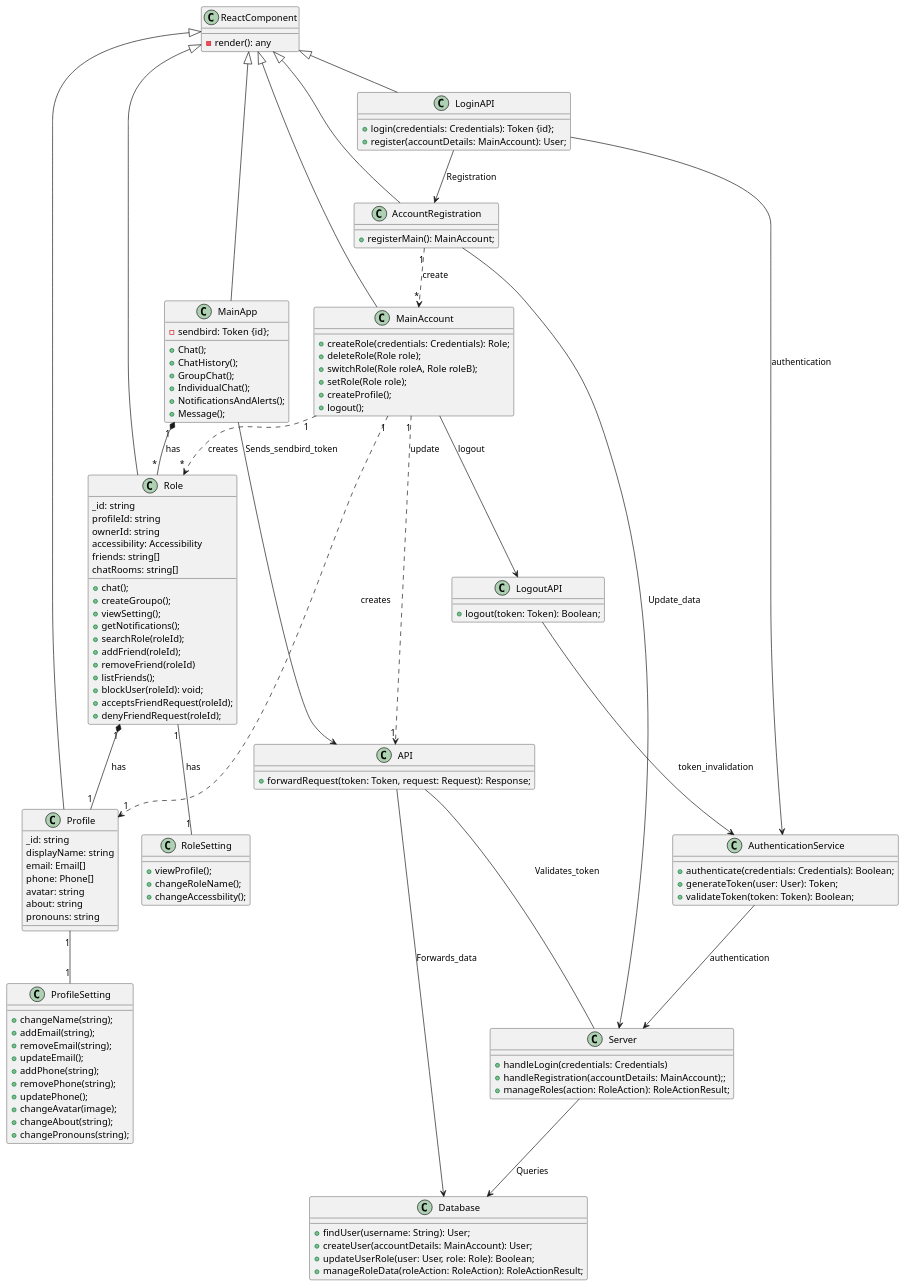
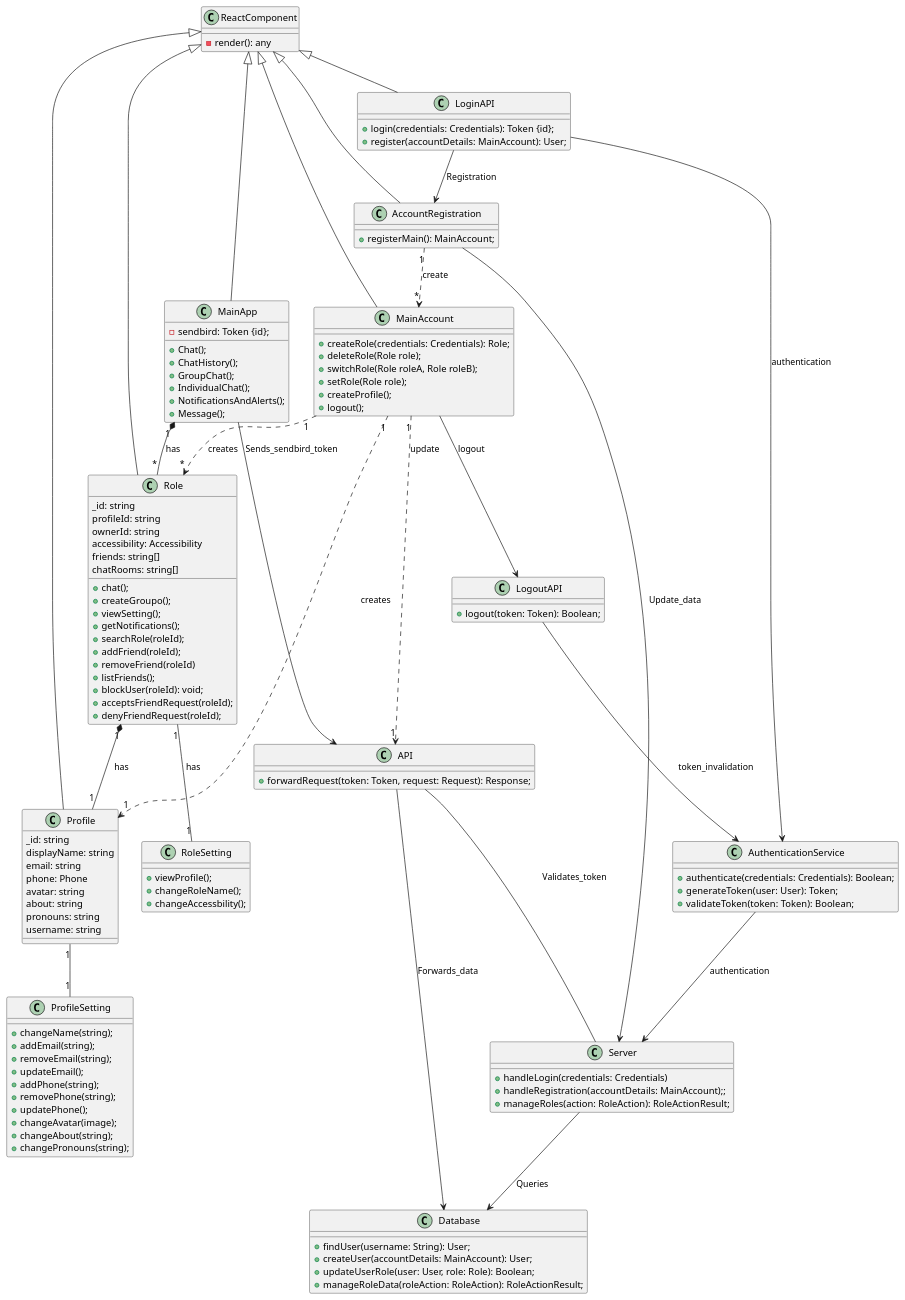
Before and after one commit to INEEDAMONITOR/Role-Rally: the diagram in UML_Diagram/Plantuml/System_uml.plantuml, drawn with PlantUML. The commit also changed 16 other files, not shown here.

```diff
--- a/UML_Diagram/Plantuml/System_uml.plantuml
+++ b/UML_Diagram/Plantuml/System_uml.plantuml
@@ -1,139 +1,140 @@
 @startuml
 class ReactComponent {
     -render(): any
 }
 
 class MainApp {
     -sendbird: Token {id};
     +Chat();
     +ChatHistory();
     +GroupChat();
     +IndividualChat();
     +NotificationsAndAlerts();
     +Message();
 }
 
 class API {
     +forwardRequest(token: Token, request: Request): Response;
 }
 
 class Database {
     +findUser(username: String): User;
     +createUser(accountDetails: MainAccount): User;
     +updateUserRole(user: User, role: Role): Boolean;
     +manageRoleData(roleAction: RoleAction): RoleActionResult;
 }
 
 class AuthenticationService {
     +authenticate(credentials: Credentials): Boolean;
     +generateToken(user: User): Token;
     +validateToken(token: Token): Boolean;
 }
 
 class Server {
     +handleLogin(credentials: Credentials)
     +handleRegistration(accountDetails: MainAccount);;
     +manageRoles(action: RoleAction): RoleActionResult;
 }
 
 class LoginAPI {
     +login(credentials: Credentials): Token {id};
     +register(accountDetails: MainAccount): User;
 }
 
 class LogoutAPI {
     +logout(token: Token): Boolean;
 }
 
 class AccountRegistration {
     +registerMain(): MainAccount;
 }
 
 
 class MainAccount {
     +createRole(credentials: Credentials): Role;
     +deleteRole(Role role);
     +switchRole(Role roleA, Role roleB);
     +setRole(Role role);
     +createProfile();
     +logout();
 }
 
 class Role {
     _id: string
     profileId: string
     ownerId: string
     accessibility: Accessibility
     friends: string[]
     chatRooms: string[]
 
     +chat();
     +createGroupo();
     +viewSetting();
     +getNotifications();
     +searchRole(roleId);
     +addFriend(roleId);
     +removeFriend(roleId)
     +listFriends();
     +blockUser(roleId): void;
     +acceptsFriendRequest(roleId);
     +denyFriendRequest(roleId);
 }
 
 class RoleSetting{
   +viewProfile();
   +changeRoleName();
   +changeAccessbility();
 }
 
 class Profile {
     _id: string
     displayName: string
-    email: Email[]
-    phone: Phone[]
+    email: string
+    phone: Phone
     avatar: string
     about: string
     pronouns: string
+    username: string
 }
 
 class ProfileSetting{
   +changeName(string);
   +addEmail(string);
   +removeEmail(string);
   +updateEmail();
   +addPhone(string);
   +removePhone(string);
   +updatePhone();
   +changeAvatar(image);
   +changeAbout(string);
   +changePronouns(string);
 }
 
 ReactComponent <|-- MainApp
 ReactComponent <|-- LoginAPI
 ReactComponent <|-- AccountRegistration
 ReactComponent <|-- MainAccount
 ReactComponent <|-- Role
 ReactComponent <|-- Profile
 
 MainApp "1" *-- "*" Role : has
 Role "1" *-- "1" Profile : has
 Role "1" -- "1" RoleSetting : has
 Profile "1" -- "1" ProfileSetting
 
 LoginAPI --> AuthenticationService : "authentication"
 LoginAPI --> AccountRegistration : "Registration"
 AuthenticationService --> Server : "authentication"
 Server --> Database : "Queries"
 AccountRegistration --> Server : "Update_data"
 AccountRegistration "1" ..> "*" MainAccount : "create"
 MainApp --> API : "Sends_sendbird_token"
 API -- Server : "Validates_token"
 API --> Database : "Forwards_data"
 MainAccount --> LogoutAPI : "logout"
 LogoutAPI --> AuthenticationService : "token_invalidation"
 
 MainAccount "1" ..> "*" Role : creates
 MainAccount "1" ..> "1" Profile : creates
 MainAccount "1" ..> "1" API : update
 @enduml
```
